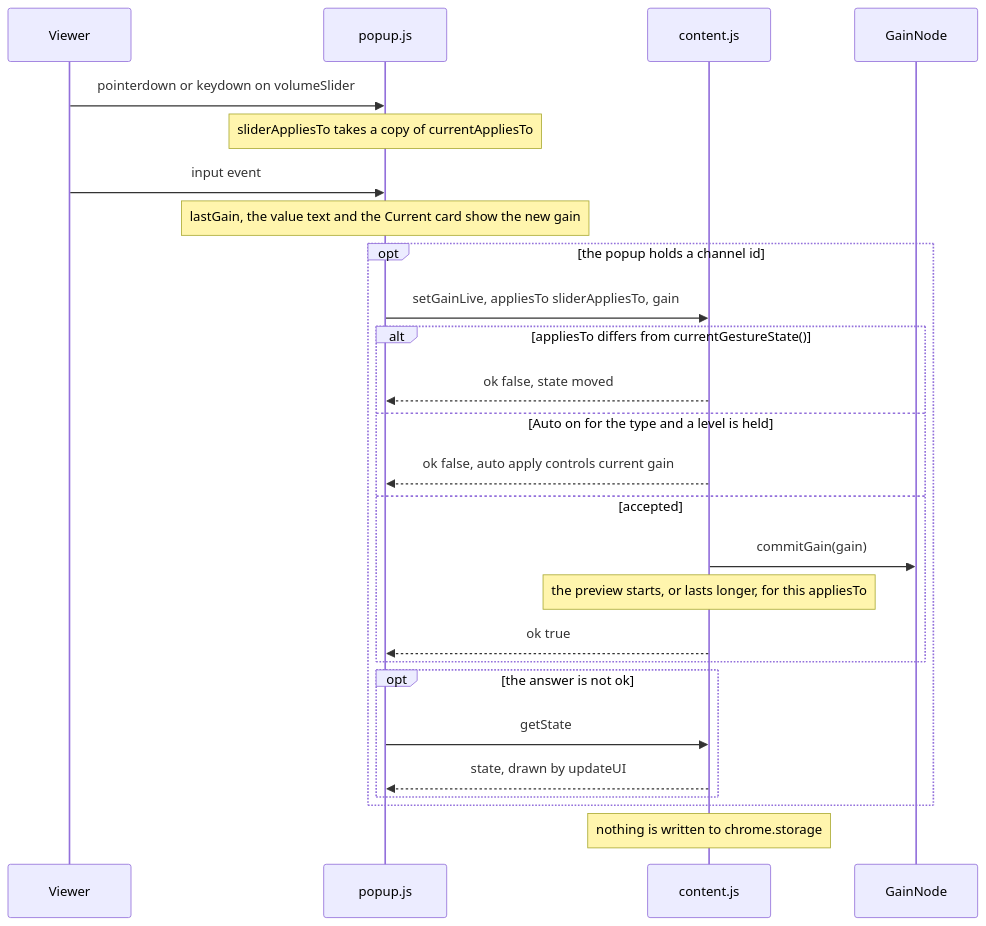
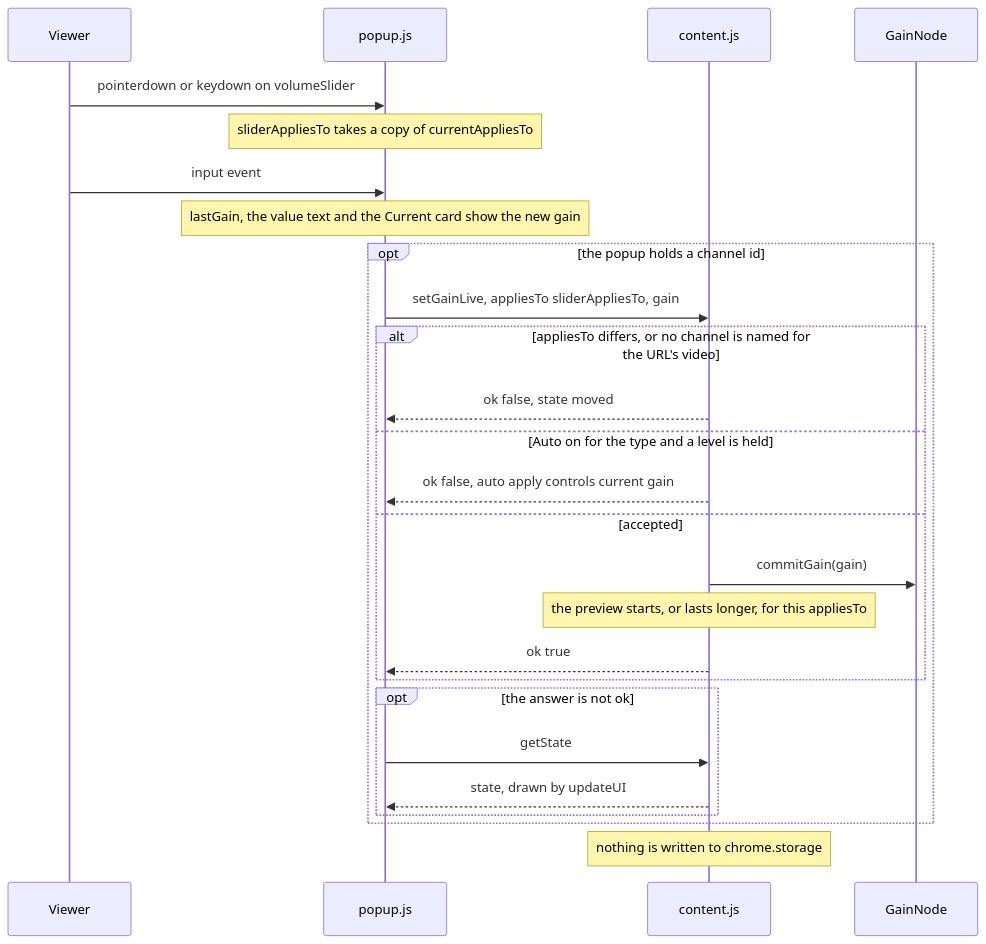
One commit to semnil/yt-channel-volume changed the third of 14 diagrams in docs/gain-change-and-save.md. Above: the diagram before and after it, drawn with Mermaid. The commit also changed other lines of this file and 5 other files, not shown here.

````diff
--- a/docs/gain-change-and-save.md
+++ b/docs/gain-change-and-save.md
@@ -162,28 +162,28 @@
 ```mermaid
 sequenceDiagram
   participant V as Viewer
   participant P as popup.js
   participant C as content.js
   participant G as GainNode
   V->>P: pointerdown or keydown on volumeSlider
   Note over P: sliderAppliesTo takes a copy of currentAppliesTo
   V->>P: input event
   Note over P: lastGain, the value text and the Current card show the new gain
   opt the popup holds a channel id
     P->>C: setGainLive, appliesTo sliderAppliesTo, gain
-    alt appliesTo differs from currentGestureState()
+    alt appliesTo differs, or no channel is named for the URL's video
       C-->>P: ok false, state moved
     else Auto on for the type and a level is held
       C-->>P: ok false, auto apply controls current gain
     else accepted
       C->>G: commitGain(gain)
       Note over C: the preview starts, or lasts longer, for this appliesTo
       C-->>P: ok true
     end
     opt the answer is not ok
       P->>C: getState
       C-->>P: state, drawn by updateUI
     end
   end
   Note over C: nothing is written to chrome.storage
 ```
````
